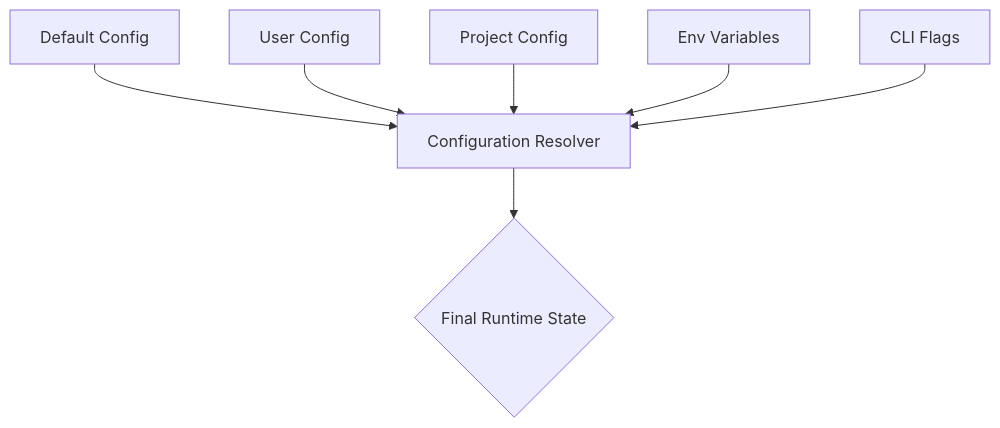
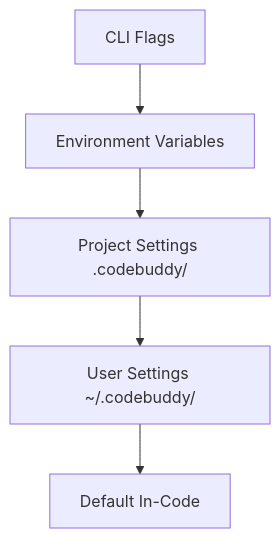
The diagram in .codebuddy/docs/8-configuration.md (phuetz/code-buddy), drawn with Mermaid before and after one commit. The commit also changed other lines of this file and 54 other files, not shown here.

````diff
--- a/.codebuddy/docs/8-configuration.md
+++ b/.codebuddy/docs/8-configuration.md
@@ -17,9 +9,7 @@
 ```mermaid
 graph TD
-    A[Default Config] --> F[Configuration Resolver]
-    B[User Config] --> F
-    C[Project Config] --> F
-    D[Env Variables] --> F
-    E[CLI Flags] --> F
-    F --> G{Final Runtime State}
+    A[CLI Flags] --> B[Environment Variables]
+    B --> C[Project Settings .codebuddy/]
+    C --> D[User Settings ~/.codebuddy/]
+    D --> E[Default In-Code]
 ```
````
